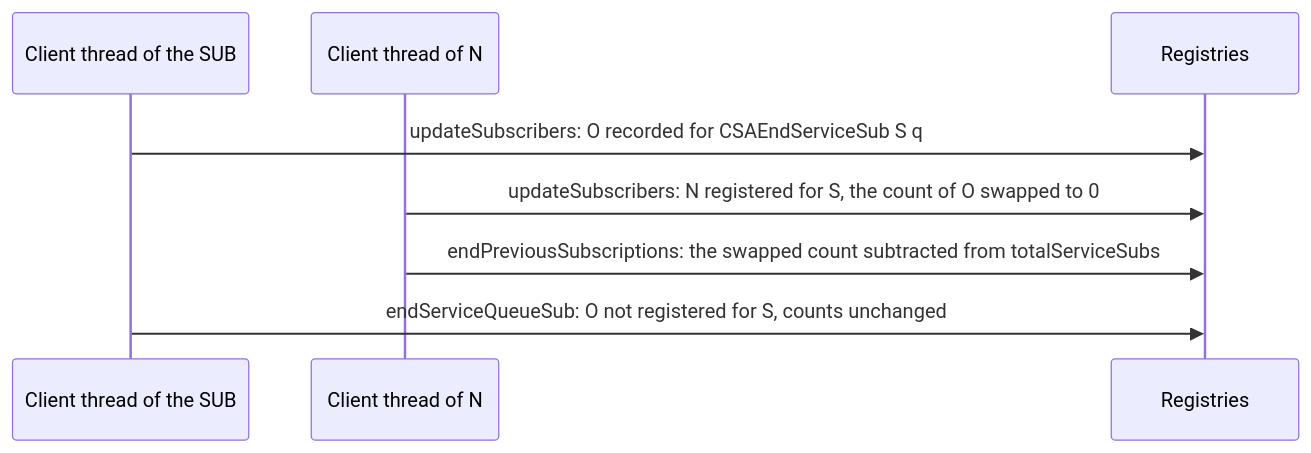
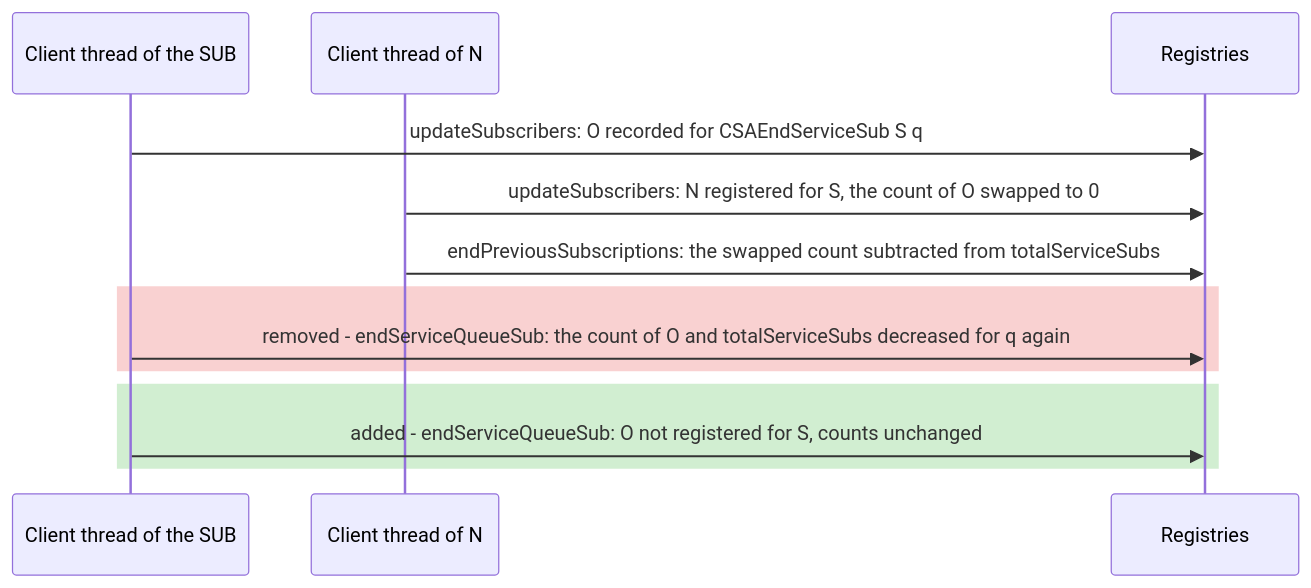
Before and after one commit to simplex-chat/simplexmq: the sixth of 6 diagrams in plans/2026-10-31-sub-register-first.md, drawn with Mermaid. The commit also changed other lines of this file, not shown here.

Commit message:
plans: duplicate SUB with SEND, service counts before and after the change

````diff
--- a/plans/2026-10-31-sub-register-first.md
+++ b/plans/2026-10-31-sub-register-first.md
@@ -160,10 +190,15 @@
 ```mermaid
 sequenceDiagram
     participant D as Client thread of the SUB
     participant N as Client thread of N
     participant G as Registries
     D->>G: updateSubscribers: O recorded for CSAEndServiceSub S q
     N->>G: updateSubscribers: N registered for S, the count of O swapped to 0
     N->>G: endPreviousSubscriptions: the swapped count subtracted from totalServiceSubs
-    D->>G: endServiceQueueSub: O not registered for S, counts unchanged
+    rect rgba(220, 0, 0, 0.18)
+        D->>G: removed - endServiceQueueSub: the count of O and totalServiceSubs decreased for q again
+    end
+    rect rgba(0, 160, 0, 0.18)
+        D->>G: added - endServiceQueueSub: O not registered for S, counts unchanged
+    end
 ```
````
